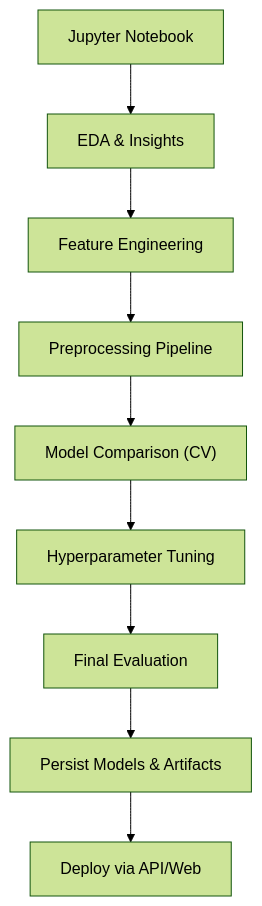
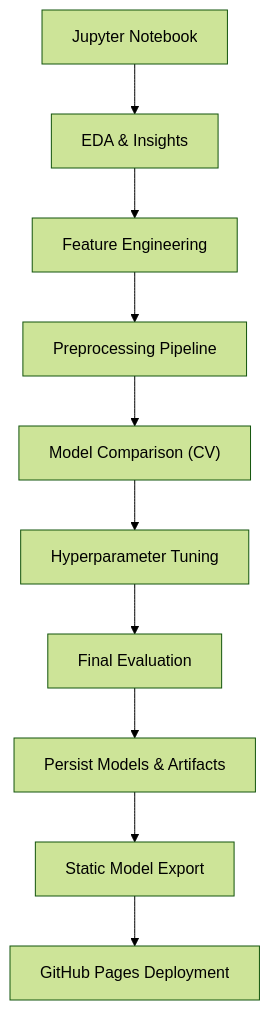
Before and after one commit to tashkirrr/housing-price-prediction: the ninth of 10 diagrams in .qoder/repowiki/en/content/Machine Learning Pipeline/Machine Learning Pipeline.md, drawn with Mermaid (forest theme). The commit also changed other lines of this file and 9 other files, not shown here.

First line of the commit message:
refactor(docs): restructure docs for static website deployment

````diff
--- a/.qoder/repowiki/en/content/Machine Learning Pipeline/Machine Learning Pipeline.md
+++ b/.qoder/repowiki/en/content/Machine Learning Pipeline/Machine Learning Pipeline.md
@@ -326,11 +350,12 @@
 ```mermaid
 flowchart TD
 NB["Jupyter Notebook"] --> EDA["EDA & Insights"]
 EDA --> FEAT["Feature Engineering"]
 FEAT --> PREP["Preprocessing Pipeline"]
 PREP --> COMPARE["Model Comparison (CV)"]
 COMPARE --> TUNE["Hyperparameter Tuning"]
 TUNE --> EVAL["Final Evaluation"]
 EVAL --> SAVE["Persist Models & Artifacts"]
-SAVE --> DEPLOY["Deploy via API/Web"]
+SAVE --> STATIC["Static Model Export"]
+STATIC --> DEPLOY["GitHub Pages Deployment"]
 ```
````
